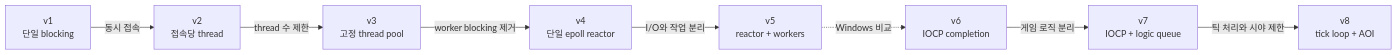
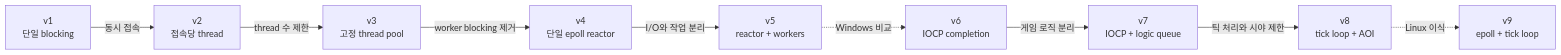
The diagram in README.md (1sanguk/CPP_Server), drawn with Mermaid before and after one commit. The commit also changed other lines of this file and 33 other files, not shown here.

````diff
--- a/README.md
+++ b/README.md
@@ -20,10 +21,11 @@
 ```mermaid
 flowchart LR
     V1["v1<br/>단일 blocking"] -->|"동시 접속"| V2["v2<br/>접속당 thread"]
     V2 -->|"thread 수 제한"| V3["v3<br/>고정 thread pool"]
     V3 -->|"worker blocking 제거"| V4["v4<br/>단일 epoll reactor"]
     V4 -->|"I/O와 작업 분리"| V5["v5<br/>reactor + workers"]
     V5 -. "Windows 비교" .-> V6["v6<br/>IOCP completion"]
     V6 -->|"게임 로직 분리"| V7["v7<br/>IOCP + logic queue"]
     V7 -->|"틱 처리와 시야 제한"| V8["v8<br/>tick loop + AOI"]
+    V8 -. "Linux 이식" .-> V9["v9<br/>epoll + tick loop"]
 ```
````
